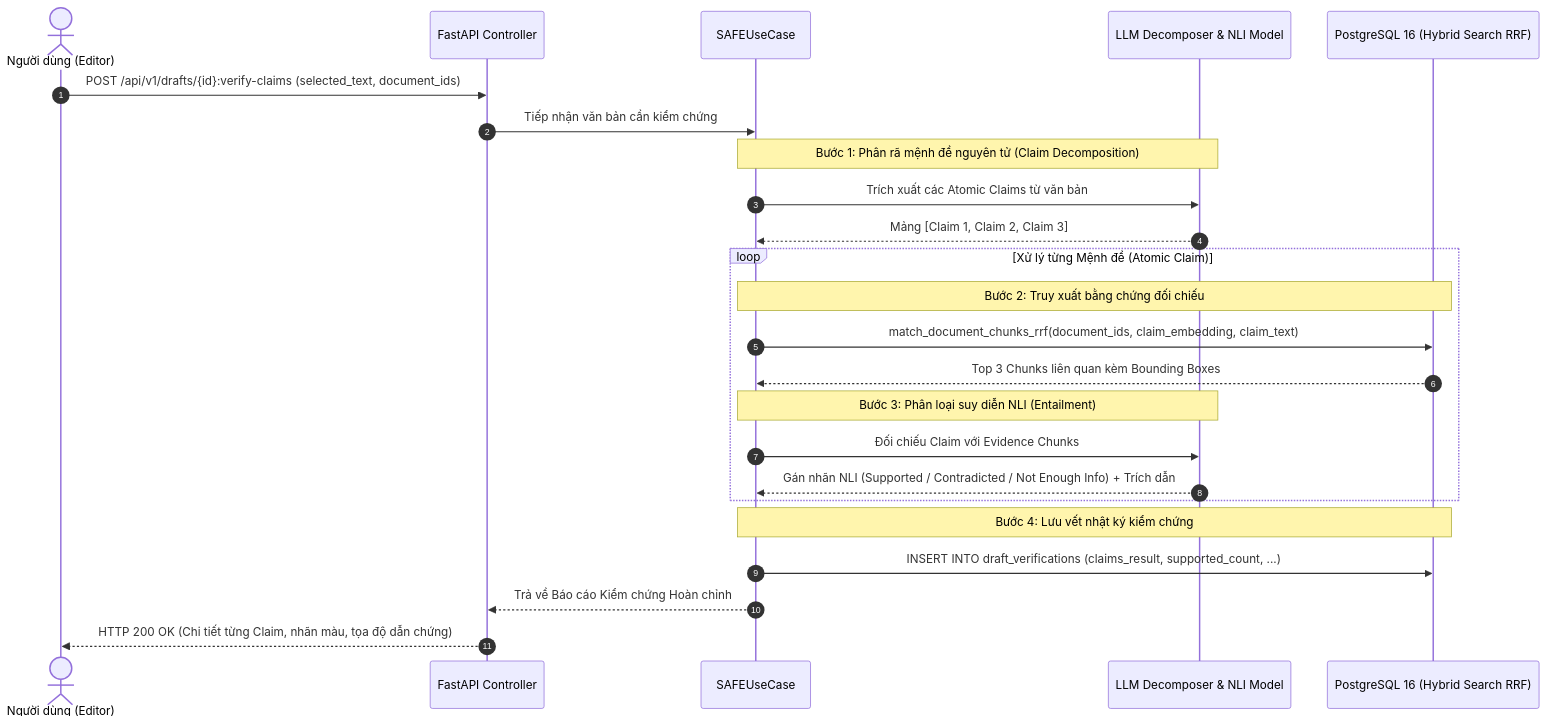
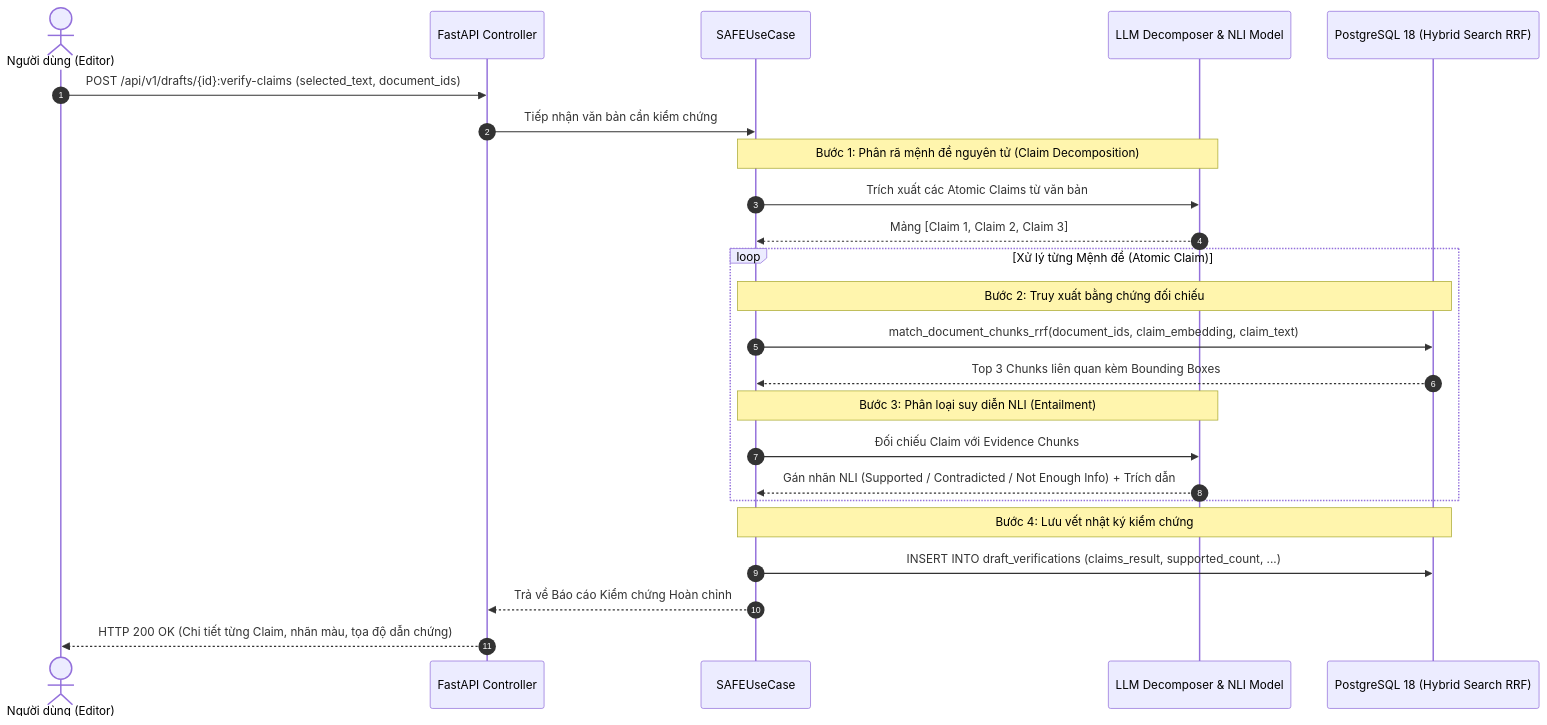
The sixth of 6 diagrams in docs/vi/design-architecture.md (dammanhdungvn/VeriScholar), drawn with Mermaid before and after one commit. The commit also changed other lines of this file and 6 other files, not shown here.

Commit message:
build(docker): upgrade database stack to PostgreSQL 18 with pgvector 0.8.6

````diff
--- a/docs/vi/design-architecture.md
+++ b/docs/vi/design-architecture.md
@@ -479,31 +479,31 @@
 ```mermaid
 sequenceDiagram
     autonumber
     actor User as Người dùng (Editor)
     participant API as FastAPI Controller
     participant Core as SAFEUseCase
     participant LLM as LLM Decomposer & NLI Model
-    participant DB as PostgreSQL 16 (Hybrid Search RRF)
+    participant DB as PostgreSQL 18 (Hybrid Search RRF)
 
     User->>API: POST /api/v1/drafts/{id}:verify-claims (selected_text, document_ids)
     API->>Core: Tiếp nhận văn bản cần kiểm chứng
     
     Note over Core,LLM: Bước 1: Phân rã mệnh đề nguyên tử (Claim Decomposition)
     Core->>LLM: Trích xuất các Atomic Claims từ văn bản
     LLM-->>Core: Mảng [Claim 1, Claim 2, Claim 3]
     
     loop Xử lý từng Mệnh đề (Atomic Claim)
         Note over Core,DB: Bước 2: Truy xuất bằng chứng đối chiếu
         Core->>DB: match_document_chunks_rrf(document_ids, claim_embedding, claim_text)
         DB-->>Core: Top 3 Chunks liên quan kèm Bounding Boxes
         
         Note over Core,LLM: Bước 3: Phân loại suy diễn NLI (Entailment)
         Core->>LLM: Đối chiếu Claim với Evidence Chunks
         LLM-->>Core: Gán nhãn NLI (Supported / Contradicted / Not Enough Info) + Trích dẫn
     end
     
     Note over Core,DB: Bước 4: Lưu vết nhật ký kiểm chứng
     Core->>DB: INSERT INTO draft_verifications (claims_result, supported_count, ...)
     Core-->>API: Trả về Báo cáo Kiểm chứng Hoàn chỉnh
     API-->>User: HTTP 200 OK (Chi tiết từng Claim, nhãn màu, tọa độ dẫn chứng)
 ```
````
